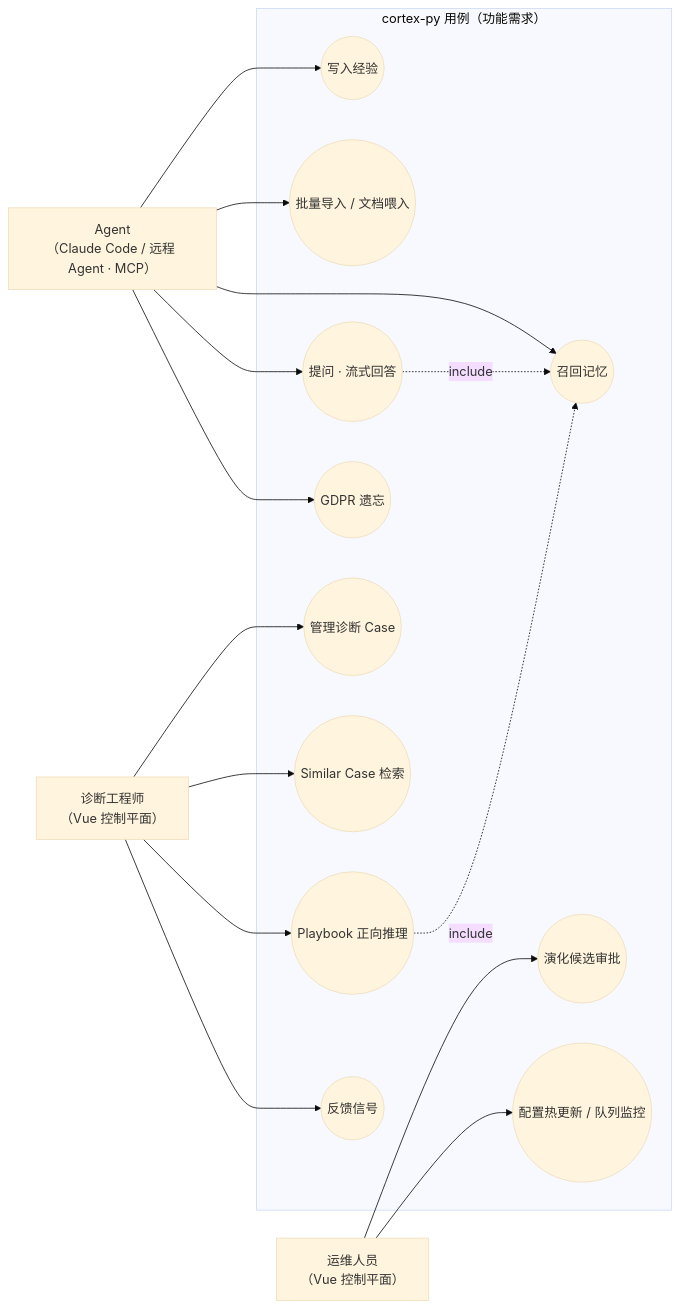
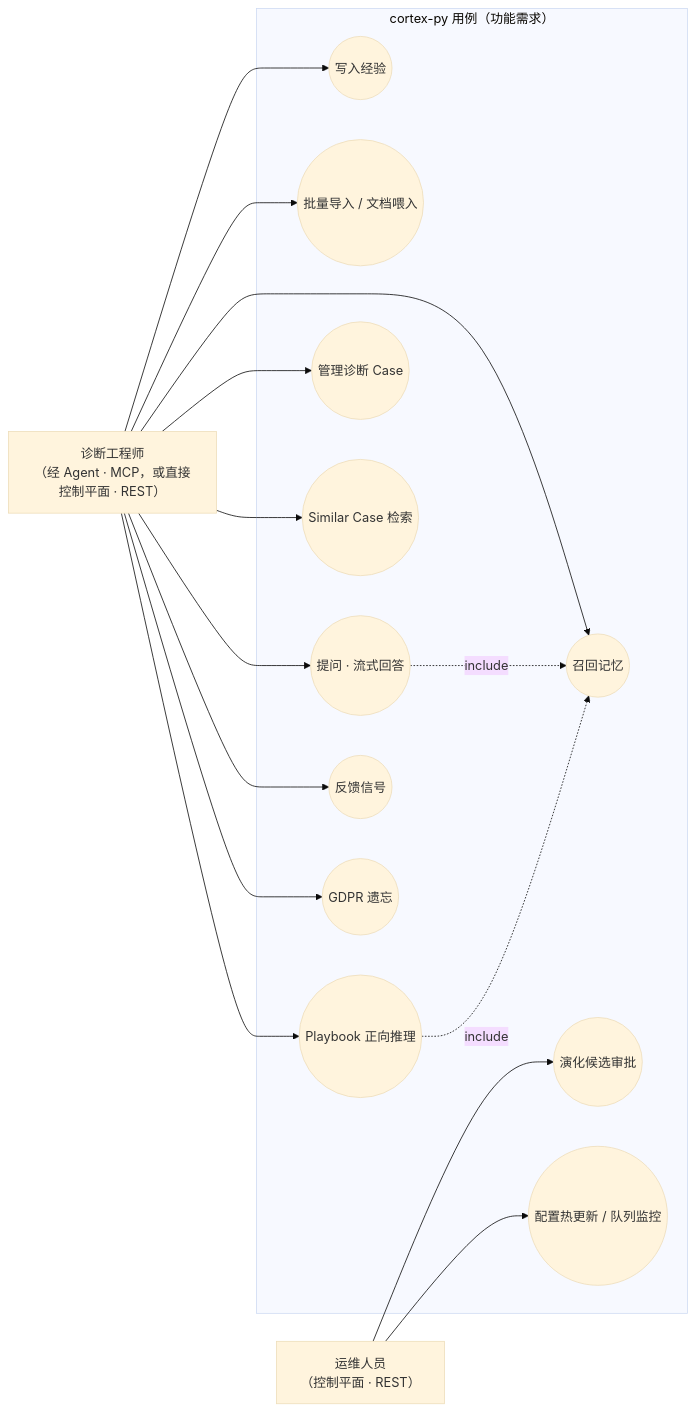
Before and after one commit to pty819/cortex-py-book: the seventh of 10 diagrams in source/chapters/23-architecture-diagrams.md, drawn with Mermaid (base theme). The commit also changed other lines of this file, not shown here.

First line of the commit message:
docs(ch23): 用例参与者按角色建模——Agent 与诊断工程师合一

````diff
--- a/source/chapters/23-architecture-diagrams.md
+++ b/source/chapters/23-architecture-diagrams.md
@@ -405,34 +407,33 @@
 ```{mermaid}
 graph LR
-    AG["Agent<br/>（Claude Code / 远程 Agent · MCP）"]
-    ENG["诊断工程师<br/>（Vue 控制平面）"]
-    OPS["运维人员<br/>（Vue 控制平面）"]
+    ENG["诊断工程师<br/>（经 Agent · MCP，或直接控制平面 · REST）"]
+    OPS["运维人员<br/>（控制平面 · REST）"]
 
     subgraph SYS["cortex-py 用例（功能需求）"]
         UC1(("写入经验"))
         UC2(("批量导入 / 文档喂入"))
         UC3(("召回记忆"))
         UC4(("提问 · 流式回答"))
         UC5(("管理诊断 Case"))
         UC6(("Similar Case 检索"))
         UC7(("Playbook 正向推理"))
         UC8(("反馈信号"))
         UC9(("演化候选审批"))
         UC10(("GDPR 遗忘"))
         UC11(("配置热更新 / 队列监控"))
     end
 
-    AG --> UC1
-    AG --> UC2
-    AG --> UC3
-    AG --> UC4
-    AG --> UC10
+    ENG --> UC1
+    ENG --> UC2
+    ENG --> UC3
+    ENG --> UC4
     ENG --> UC5
     ENG --> UC6
     ENG --> UC7
     ENG --> UC8
+    ENG --> UC10
     OPS --> UC9
     OPS --> UC11
     UC4 -.->|include| UC3
     UC7 -.->|include| UC3
 ```
````
